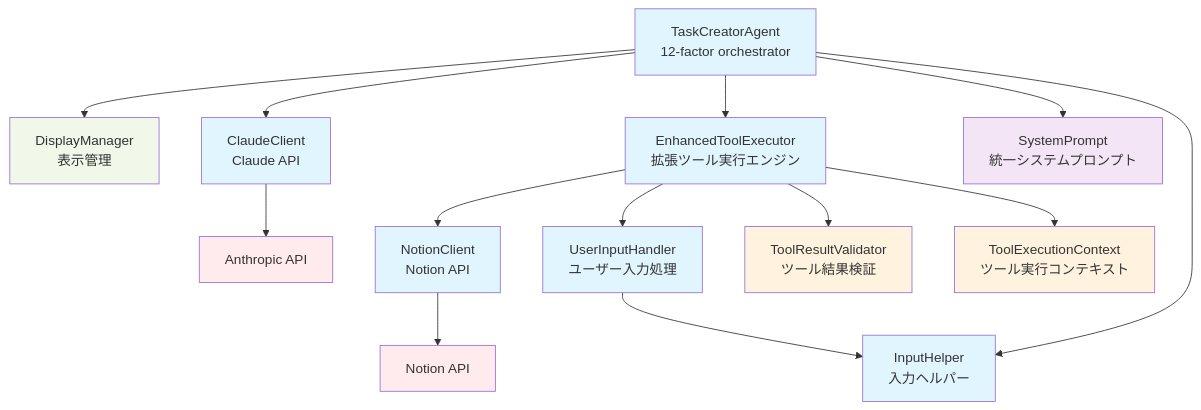
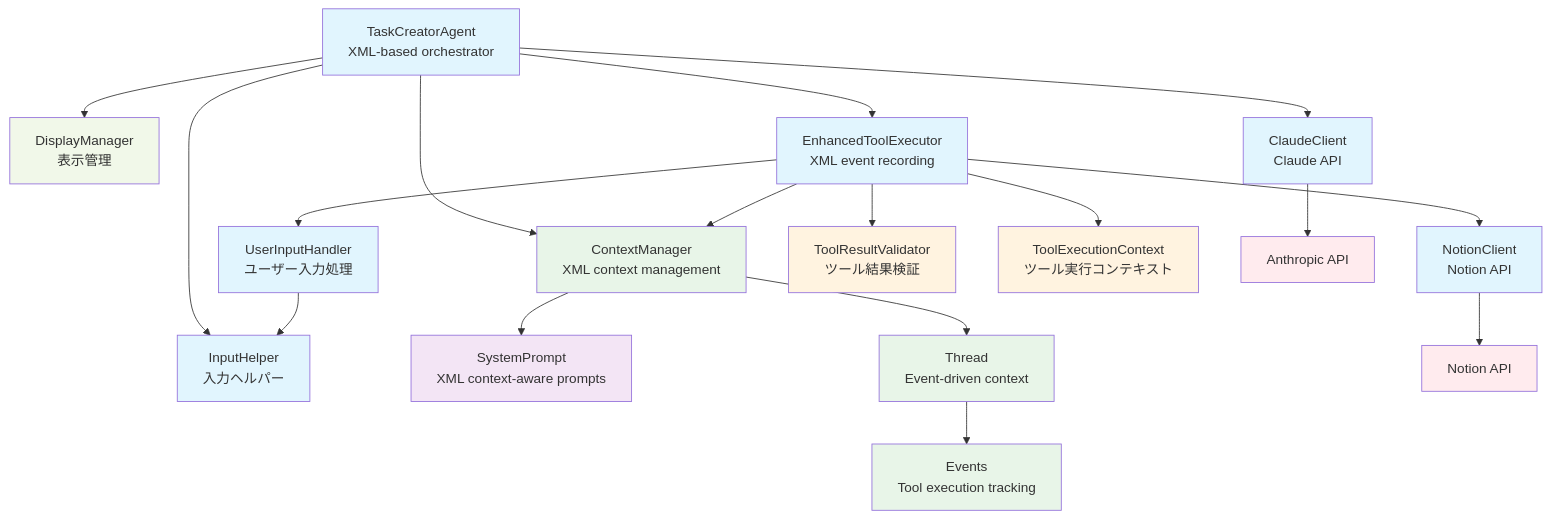
One commit to shomrkm/shochan_ai changed the first of 6 diagrams in docs/ARCHITECTURE.md. Above: the diagram before and after it, drawn with Mermaid. The commit also changed other lines of this file, not shown here.

Commit message:
docs: Revise architecture documentation to reflect XML context integration

````diff
--- a/docs/ARCHITECTURE.md
+++ b/docs/ARCHITECTURE.md
@@ -7,53 +7,66 @@
 ```mermaid
 graph TB
     %% Main Agent
-    Agent[TaskCreatorAgent<br/>12-factor orchestrator]
+    Agent[TaskCreatorAgent<br/>XML-based orchestrator]
     
     %% Core Components
+    ContextMgr[ContextManager<br/>XML context management]
     DisplayMgr[DisplayManager<br/>表示管理]
     Claude[ClaudeClient<br/>Claude API]
-    ToolExec[EnhancedToolExecutor<br/>拡張ツール実行エンジン]
+    ToolExec[EnhancedToolExecutor<br/>XML event recording]
     Notion[NotionClient<br/>Notion API]
     UserInputHandler[UserInputHandler<br/>ユーザー入力処理]
     InputHelper[InputHelper<br/>入力ヘルパー]
     
-    %% Factor 2: Simplified Prompt Management
-    SystemPrompt[SystemPrompt<br/>統一システムプロンプト]
+    %% Factor 2: Prompt Management
+    SystemPrompt[SystemPrompt<br/>XML context-aware prompts]
+    
+    %% Factor 3: XML Context System
+    Thread[Thread<br/>Event-driven context]
+    Events[Events<br/>Tool execution tracking]
     
     %% Factor 4: Tool Enhancement Components
     ToolValidator[ToolResultValidator<br/>ツール結果検証]
     ToolContext[ToolExecutionContext<br/>ツール実行コンテキスト]
     
     %% External APIs
     AnthropicAPI[Anthropic API]
     NotionAPI[Notion API]
     
-    %% Simplified Dependencies
+    %% Main Dependencies
+    Agent --> ContextMgr
     Agent --> DisplayMgr
     Agent --> Claude
     Agent --> ToolExec
-    Agent --> SystemPrompt
     Agent --> InputHelper
+    
+    %% Context Management Flow
+    ContextMgr --> Thread
+    ContextMgr --> SystemPrompt
+    Thread --> Events
     
     %% Tool execution flow
     Claude --> AnthropicAPI
     ToolExec --> Notion
     ToolExec --> UserInputHandler
     ToolExec --> ToolValidator
     ToolExec --> ToolContext
+    ToolExec --> ContextMgr
     Notion --> NotionAPI
     UserInputHandler --> InputHelper
     
     %% Styling
     classDef factor1 fill:#e1f5fe
     classDef factor2 fill:#f3e5f5
+    classDef factor3 fill:#e8f5e8
     classDef factor4 fill:#fff3e0
     classDef conversation fill:#f1f8e9
     classDef external fill:#ffebee
     
     class Agent,Claude,ToolExec,Notion,UserInputHandler,InputHelper factor1
     class SystemPrompt factor2
+    class ContextMgr,Thread,Events factor3
     class ToolValidator,ToolContext factor4
     class DisplayMgr conversation
     class AnthropicAPI,NotionAPI external
 ```
````
